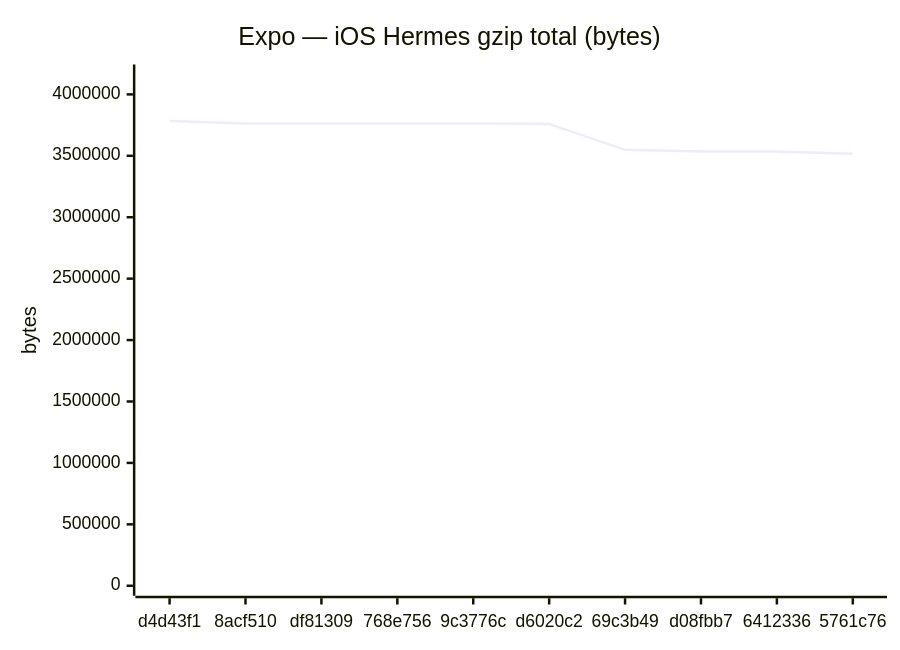
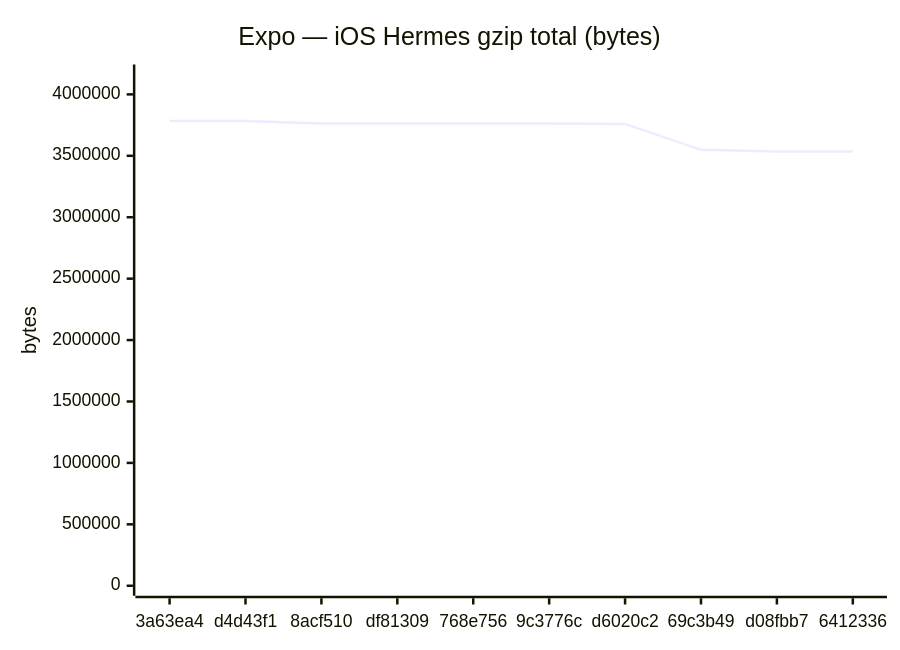
Before and after one commit to Metaheurist/Rianell: the sixth of 18 diagrams in benchmarks/compare.md, drawn with Mermaid. The commit also changed other lines of this file and 11 other files, not shown here.

````diff
--- a/benchmarks/compare.md
+++ b/benchmarks/compare.md
@@ -96,7 +96,7 @@
 ```mermaid
 xychart-beta
     title "Expo — iOS Hermes gzip total (bytes)"
-    x-axis ["d4d43f1", "8acf510", "df81309", "768e756", "9c3776c", "d6020c2", "69c3b49", "d08fbb7", "6412336", "5761c76"]
+    x-axis ["3a63ea4", "d4d43f1", "8acf510", "df81309", "768e756", "9c3776c", "d6020c2", "69c3b49", "d08fbb7", "6412336"]
     y-axis "bytes" 0 --> 4161873
-    line [3783520, 3762734, 3762736, 3762498, 3762733, 3759872, 3548602, 3534279, 3535273, 3515861]
+    line [3783517, 3783520, 3762734, 3762736, 3762498, 3762733, 3759872, 3548602, 3534279, 3535273]
 ```
````
